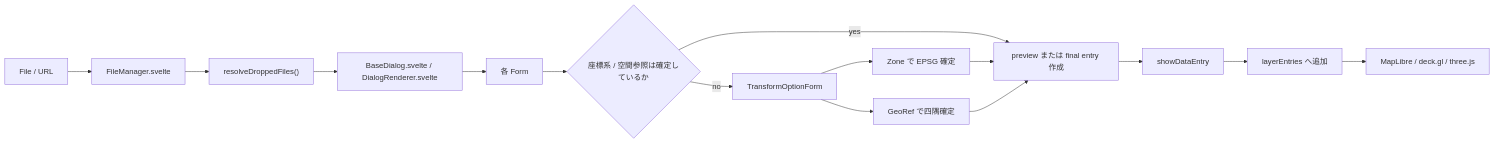
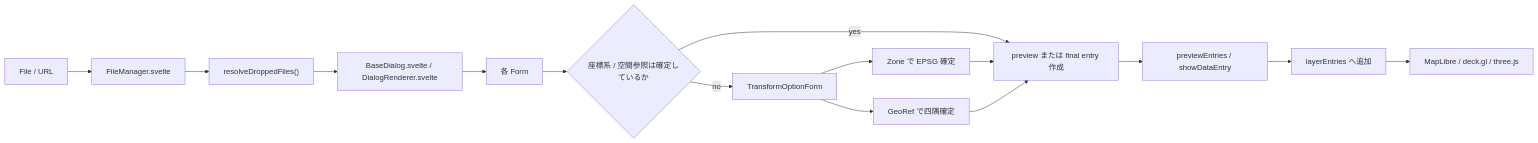
The first of 7 diagrams in docs/data-pipeline.md (forestacdev/morivis), drawn with Mermaid before and after one commit. The commit also changed other lines of this file and 17 other files, not shown here.

````diff
--- a/docs/data-pipeline.md
+++ b/docs/data-pipeline.md
@@ -10,17 +10,17 @@
 ```mermaid
 flowchart LR
 	A["File / URL"] --> B["FileManager.svelte"]
 	B --> C["resolveDroppedFiles()"]
 	C --> D["BaseDialog.svelte / DialogRenderer.svelte"]
 	D --> E["各 Form"]
 	E --> F{"座標系 / 空間参照は確定しているか"}
 	F -- yes --> G["preview または final entry 作成"]
 	F -- no --> H["TransformOptionForm"]
 	H --> I["Zone で EPSG 確定"]
 	H --> J["GeoRef で四隅確定"]
 	I --> G
 	J --> G
-	G --> K["showDataEntry"]
+	G --> K["previewEntries / showDataEntry"]
 	K --> L["layerEntries へ追加"]
 	L --> M["MapLibre / deck.gl / three.js"]
 ```
````
